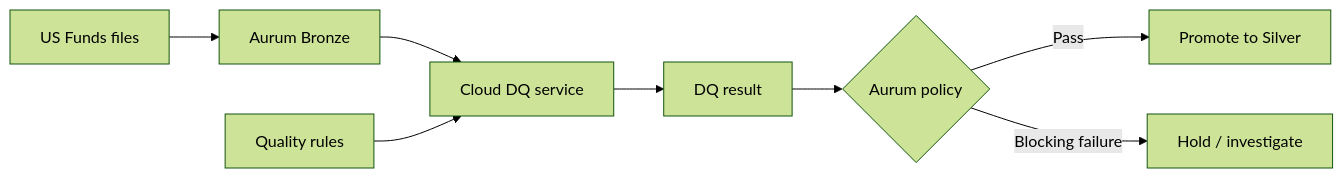
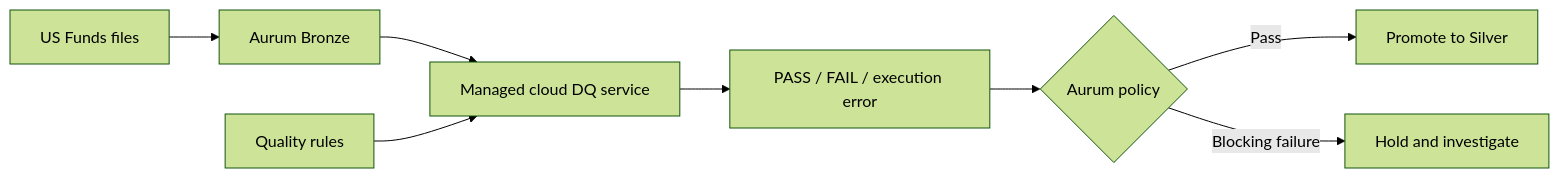
One commit to Prakharm927/aurum-data-quality-research changed the first of 5 diagrams in docs/group2-tools.md. Above: the diagram before and after it, drawn with Mermaid (forest theme). The commit also changed other lines of this file, not shown here.

````diff
--- a/docs/group2-tools.md
+++ b/docs/group2-tools.md
@@ -15,10 +16,10 @@
-~~~mermaid
+```mermaid
 flowchart LR
   files["US Funds files"] --> bronze["Aurum Bronze"]
-  bronze --> cloud["Cloud DQ service"]
+  bronze --> cloud["Managed cloud DQ service"]
   rules["Quality rules"] --> cloud
-  cloud --> result["DQ result"]
+  cloud --> result["PASS / FAIL / execution error"]
   result --> policy{"Aurum policy"}
   policy -->|"Pass"| silver["Promote to Silver"]
-  policy -->|"Blocking failure"| hold["Hold / investigate"]
-~~~
+  policy -->|"Blocking failure"| hold["Hold and investigate"]
+```
````
